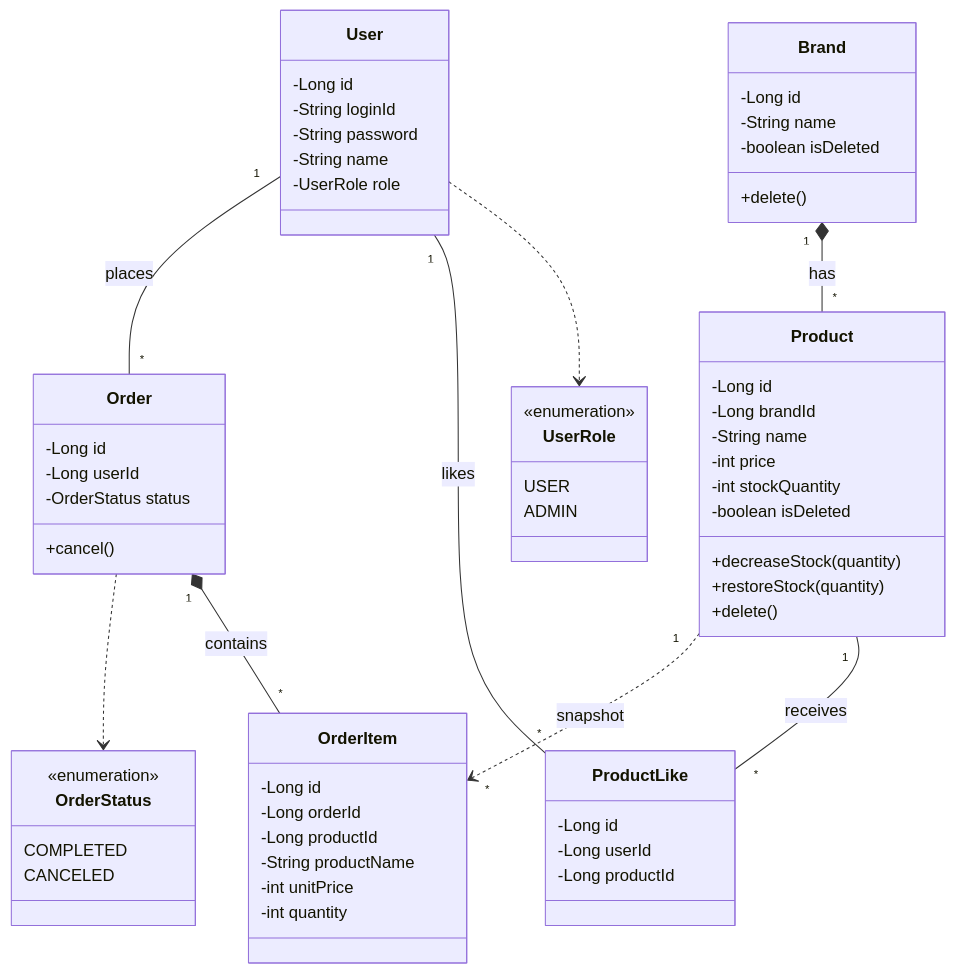
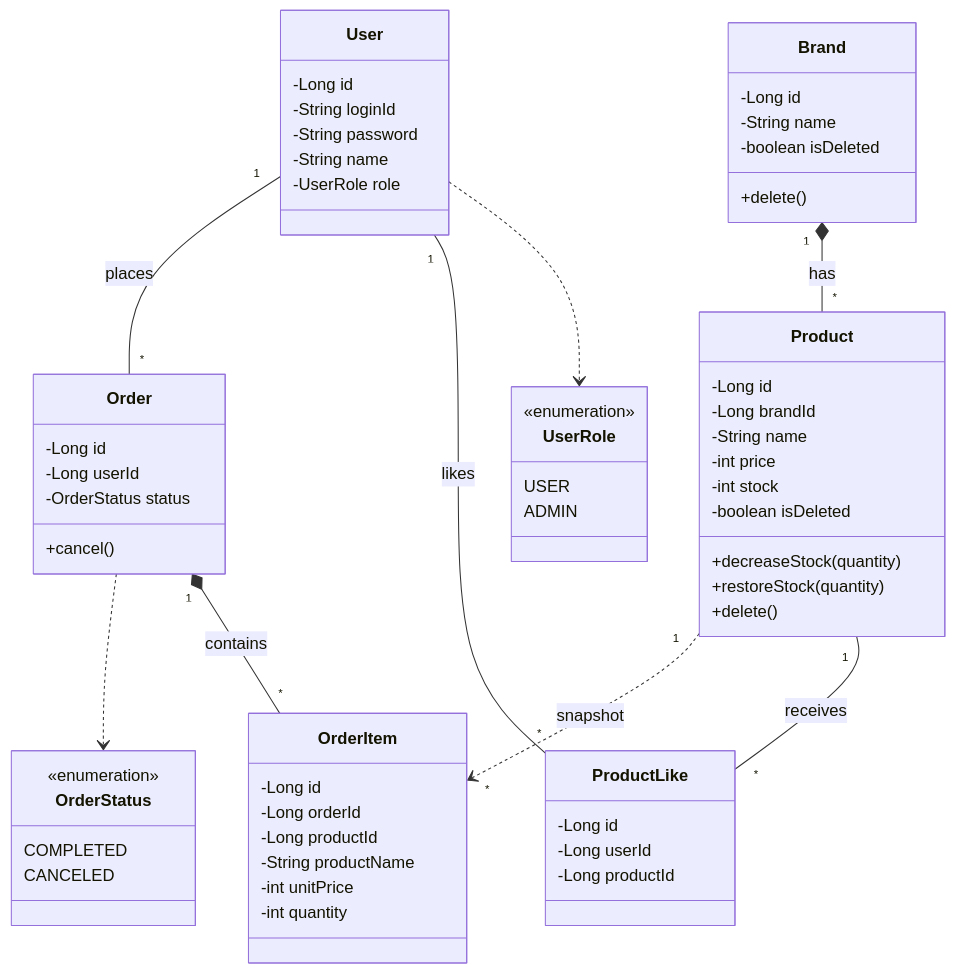
The diagram in docs/design/03-class-diagram.md (kimjunyoung90/loop-pack-be-l2-vol3-java), drawn with Mermaid before and after one commit. The commit also changed 1 other file, not shown here.

Commit message:
docs: 문서 업데이트

````diff
--- a/docs/design/03-class-diagram.md
+++ b/docs/design/03-class-diagram.md
@@ -5,72 +5,72 @@
 ```mermaid
 classDiagram
     class User {
         -Long id
         -String loginId
         -String password
         -String name
         -UserRole role
     }
 
     class UserRole {
         <<enumeration>>
         USER
         ADMIN
     }
 
     class Brand {
         -Long id
         -String name
         -boolean isDeleted
         +delete()
     }
 
     class Product {
         -Long id
         -Long brandId
         -String name
         -int price
-        -int stockQuantity
+        -int stock
         -boolean isDeleted
         +decreaseStock(quantity)
         +restoreStock(quantity)
         +delete()
     }
 
     class ProductLike {
         -Long id
         -Long userId
         -Long productId
     }
 
     class Order {
         -Long id
         -Long userId
         -OrderStatus status
         +cancel()
     }
 
     class OrderItem {
         -Long id
         -Long orderId
         -Long productId
         -String productName
         -int unitPrice
         -int quantity
     }
 
     class OrderStatus {
         <<enumeration>>
         COMPLETED
         CANCELED
     }
 
     User ..> UserRole
     User "1" -- "*" ProductLike : likes
     User "1" -- "*" Order : places
     Brand "1" *-- "*" Product : has
     Product "1" -- "*" ProductLike : receives
     Order "1" *-- "*" OrderItem : contains
     Order ..> OrderStatus
     Product "1" ..> "*" OrderItem : snapshot
 ```
````
